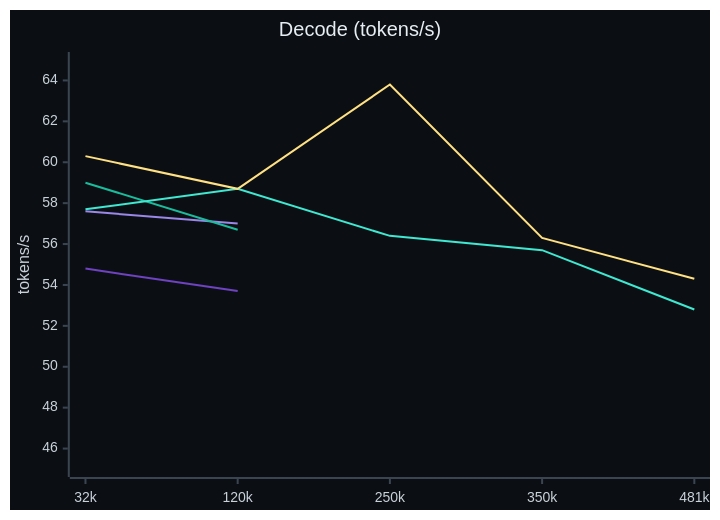
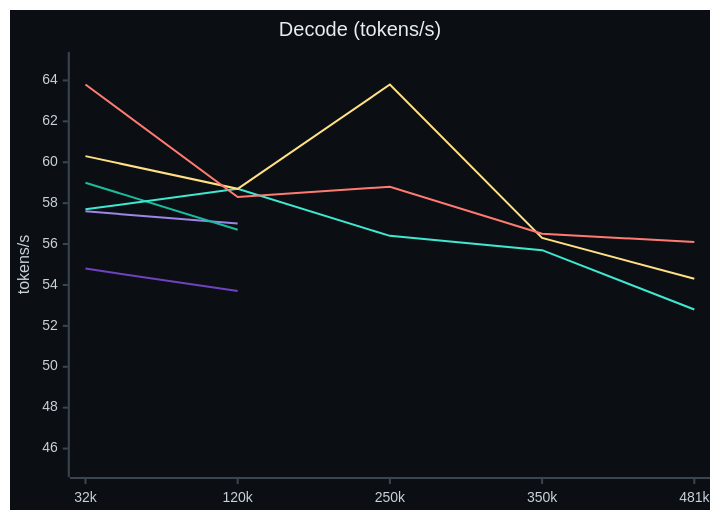
The second of 2 diagrams in README.md (Cheblan/fastasfuck), drawn with Mermaid before and after one commit. The commit also changed other lines of this file, not shown here.

````diff
--- a/README.md
+++ b/README.md
@@ -43,12 +45,13 @@
 ```mermaid
-%%{init: {"theme": "base", "themeVariables": {"xyChart": {"backgroundColor": "#0b0f14", "titleColor": "#e6edf3", "xAxisLabelColor": "#c9d1d9", "yAxisLabelColor": "#c9d1d9", "xAxisTitleColor": "#c9d1d9", "yAxisTitleColor": "#c9d1d9", "xAxisLineColor": "#3b4552", "yAxisLineColor": "#3b4552", "xAxisTickColor": "#3b4552", "yAxisTickColor": "#3b4552", "plotColorPalette": "#6f42c1, #9b87e8, #1abc9c, #3fe8d0, #ffe083"}}}}%%
+%%{init: {"theme": "base", "themeVariables": {"xyChart": {"backgroundColor": "#0b0f14", "titleColor": "#e6edf3", "xAxisLabelColor": "#c9d1d9", "yAxisLabelColor": "#c9d1d9", "xAxisTitleColor": "#c9d1d9", "yAxisTitleColor": "#c9d1d9", "xAxisLineColor": "#3b4552", "yAxisLineColor": "#3b4552", "xAxisTickColor": "#3b4552", "yAxisTickColor": "#3b4552", "plotColorPalette": "#6f42c1, #9b87e8, #1abc9c, #3fe8d0, #ffe083, #ff7b72"}}}}%%
 xychart-beta
     title "Decode (tokens/s)"
     x-axis ["32k", "120k", "250k", "350k", "481k"]
     y-axis "tokens/s" 45 --> 65
     line [54.8, 53.7]
     line [57.6, 57.0]
     line [59.0, 56.7]
     line [57.7, 58.7, 56.4, 55.7, 52.8]
     line [60.3, 58.7, 63.8, 56.3, 54.3]
+    line [63.8, 58.3, 58.8, 56.5, 56.1]
 ```
````
